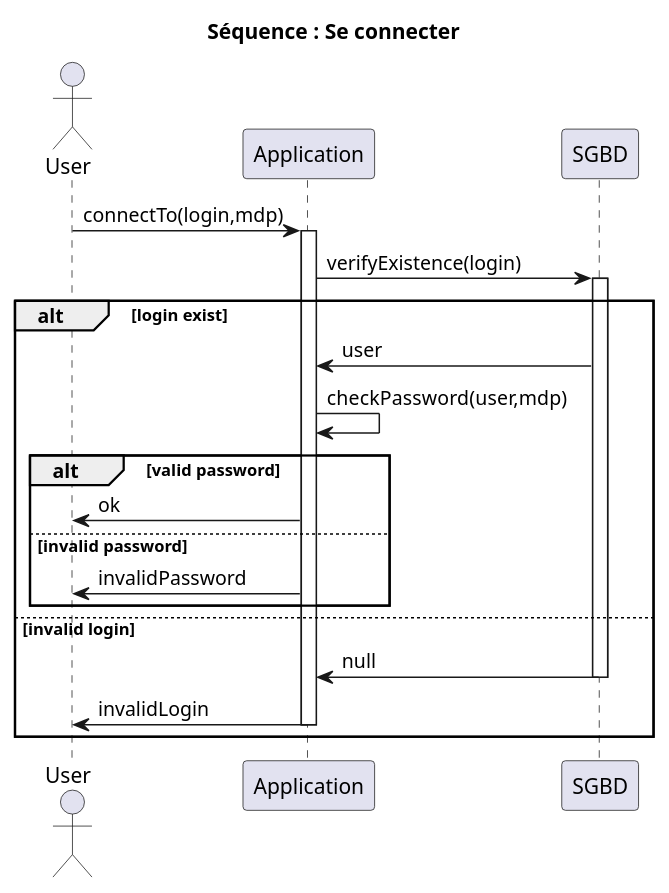
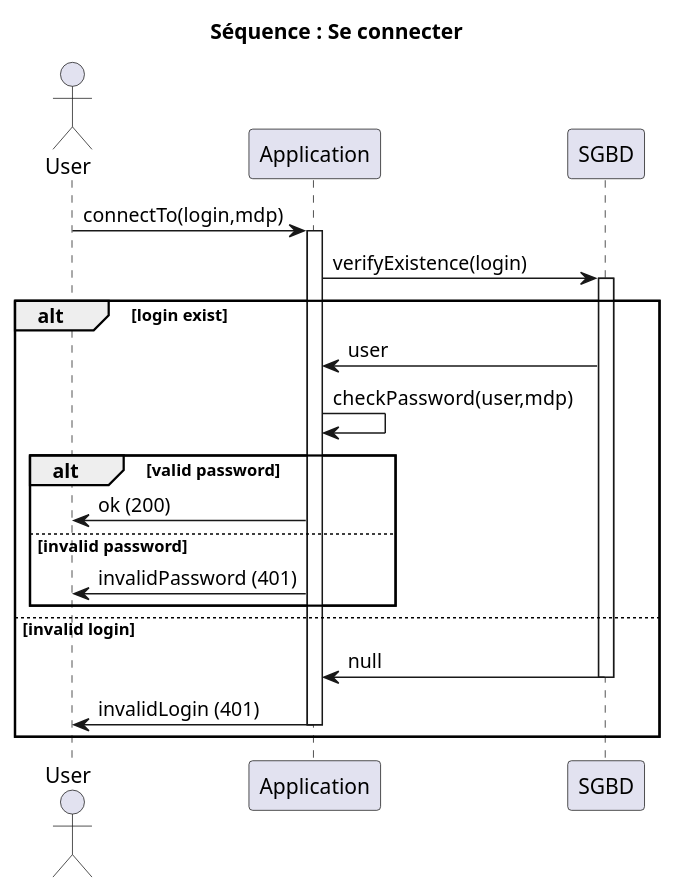
Before and after one commit to kenchi-san/api_p7: the diagram in UML/sequence/conection.puml, drawn with PlantUML. The commit also changed 3 other files, not shown here.

Commit message:
diagram close #16

```diff
--- a/UML/sequence/conection.puml
+++ b/UML/sequence/conection.puml
@@ -1,26 +1,26 @@
 @startuml
 title Séquence : Se connecter
 actor User as U
 participant Application as A
 participant SGBD as bdd
 
 U->A : connectTo(login,mdp)
 activate A
 A->bdd : verifyExistence(login)
 activate bdd
 alt login exist
     bdd->A : user
     A->A : checkPassword(user,mdp)
     alt valid password
-        A->U: ok
+        A->U: ok (200)
     else invalid password
-        A->U: invalidPassword
+        A->U: invalidPassword (401)
     end
 else invalid login
     bdd->A : null
 deactivate bdd
-    A->U: invalidLogin
+    A->U: invalidLogin (401)
     deactivate A
 end
 
 @enduml
```
